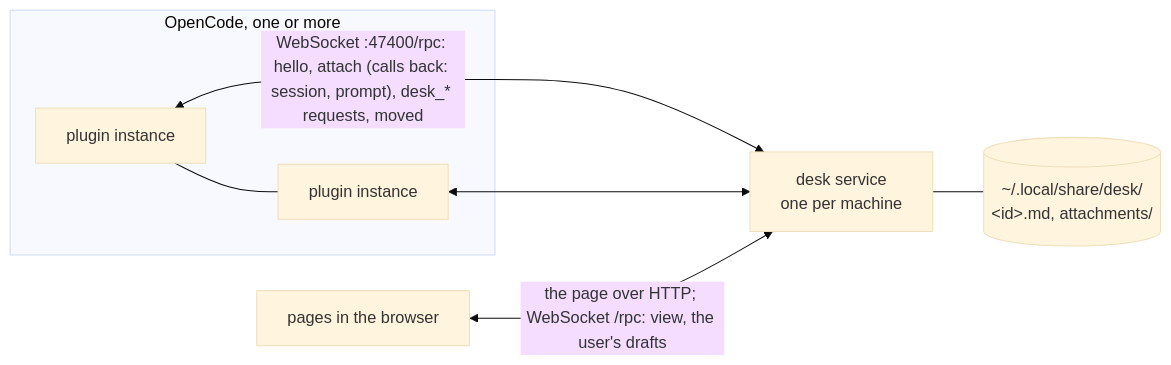
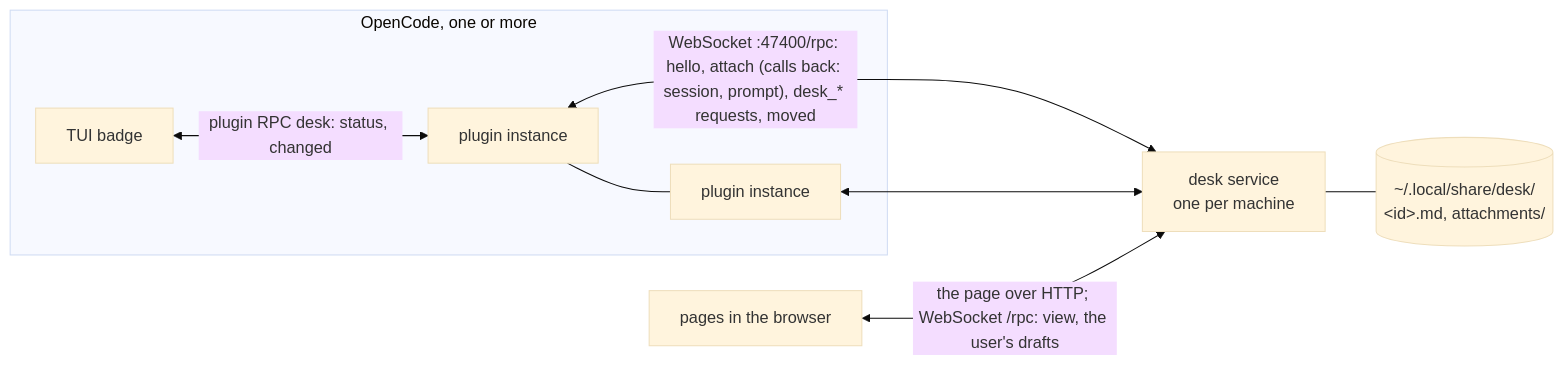
Before and after one commit to HugeLetters/desk: the diagram in README.md, drawn with Mermaid (base theme). The commit also changed other lines of this file and 8 other files, not shown here.

````diff
--- a/README.md
+++ b/README.md
@@ -48,11 +48,12 @@
 ```mermaid
 flowchart LR
   subgraph OC[OpenCode, one or more]
     P1[plugin instance] --- P2[plugin instance]
+    T[TUI badge] <-- "plugin RPC desk: status, changed" --> P1
   end
   P1 <-- "WebSocket :47400/rpc: hello, attach (calls back: session, prompt), desk_* requests, moved" --> S
   P2 <--> S
   B[pages in the browser] <-- "the page over HTTP; WebSocket /rpc: view, the user's drafts" --> S
   S[desk service<br/>one per machine]
   S --- F[(~/.local/share/desk/<br/>&lt;id&gt;.md, attachments/)]
 ```
````
